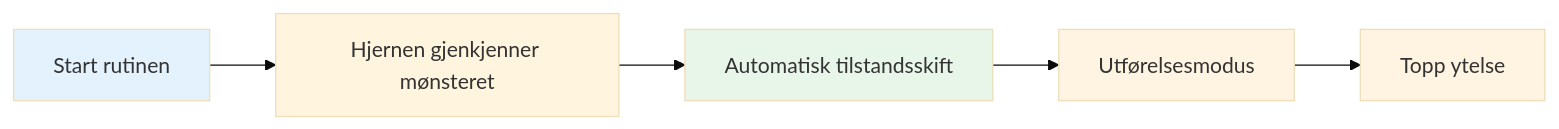
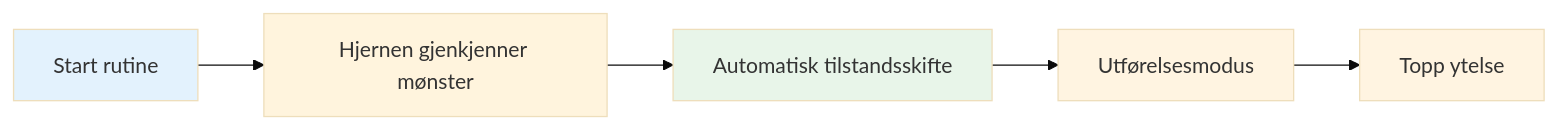
Before and after one commit to patwii/petanque-academy: the diagram in docs/no/education/mental-strength/pre-shot-routine.md, drawn with Mermaid (base theme). The commit also changed other lines of this file and 532 other files, not shown here.

````diff
--- a/docs/no/education/mental-strength/pre-shot-routine.md
+++ b/docs/no/education/mental-strength/pre-shot-routine.md
@@ -11,12 +11,12 @@
 ```mermaid
 graph LR
-    A[Start rutinen] --> B[Hjernen gjenkjenner mønsteret]
-    B --> C[Automatisk tilstandsskift]
+    A[Start rutine] --> B[Hjernen gjenkjenner mønster]
+    B --> C[Automatisk tilstandsskifte]
     C --> D[Utførelsesmodus]
     D --> E[Topp ytelse]
 
     style A fill:#e3f2fd
     style C fill:#e8f5e9
     style D fill:#fff4e1
     style E fill:#fff4e1
 ```
````
